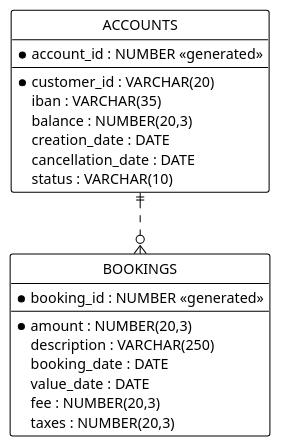
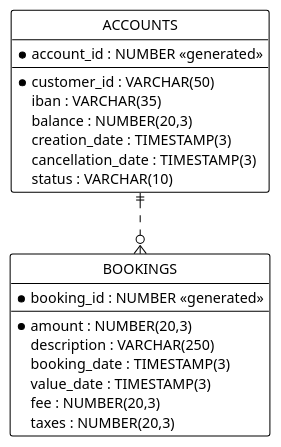
The diagram in doc/data-definition-core-banking.puml (scalvetr/costomer-single-view), drawn with PlantUML before and after one commit. The commit also changed 1 other file, not shown here.

```diff
--- a/doc/data-definition-core-banking.puml
+++ b/doc/data-definition-core-banking.puml
@@ -1,41 +1,41 @@
 @startuml
 
 ' hide the spot
 hide circle
 
 ' avoid problems with angled crows feet
 skinparam linetype ortho
 
 <style>
 classDiagram {
   BackGroundColor white
   LineThickness 1
   LineColor black
 }
 </style>
 
 entity "ACCOUNTS" as accounts {
 * account_id : NUMBER <<generated>>
 ---
-* customer_id : VARCHAR(20)
+* customer_id : VARCHAR(50)
 iban : VARCHAR(35)
 balance : NUMBER(20,3)
-creation_date : DATE
-cancellation_date : DATE
+creation_date : TIMESTAMP(3)
+cancellation_date : TIMESTAMP(3)
 status : VARCHAR(10)
 }
 
 entity "BOOKINGS" as bookings {
 * booking_id : NUMBER <<generated>>
 ---
 * amount : NUMBER(20,3)
 description : VARCHAR(250)
-booking_date : DATE
-value_date : DATE
+booking_date : TIMESTAMP(3)
+value_date : TIMESTAMP(3)
 fee : NUMBER(20,3)
 taxes : NUMBER(20,3)
 }
 
 accounts ||..o{ bookings
 
 @enduml
```
